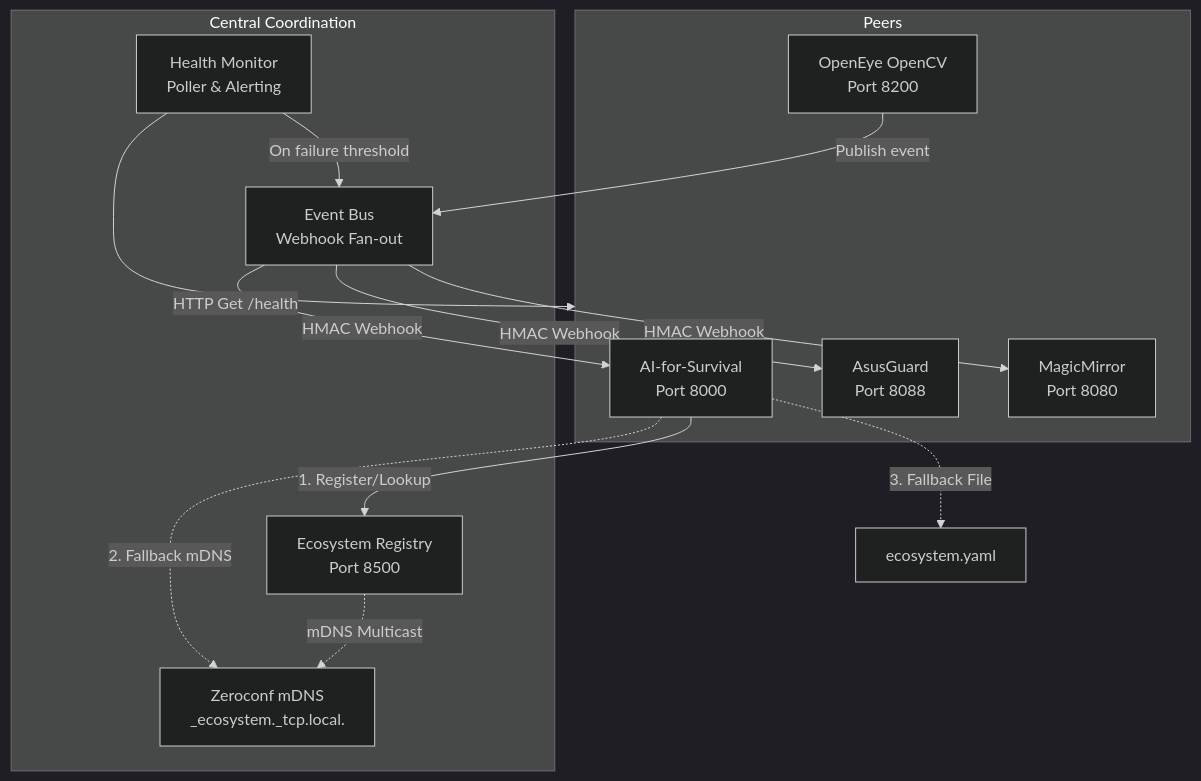
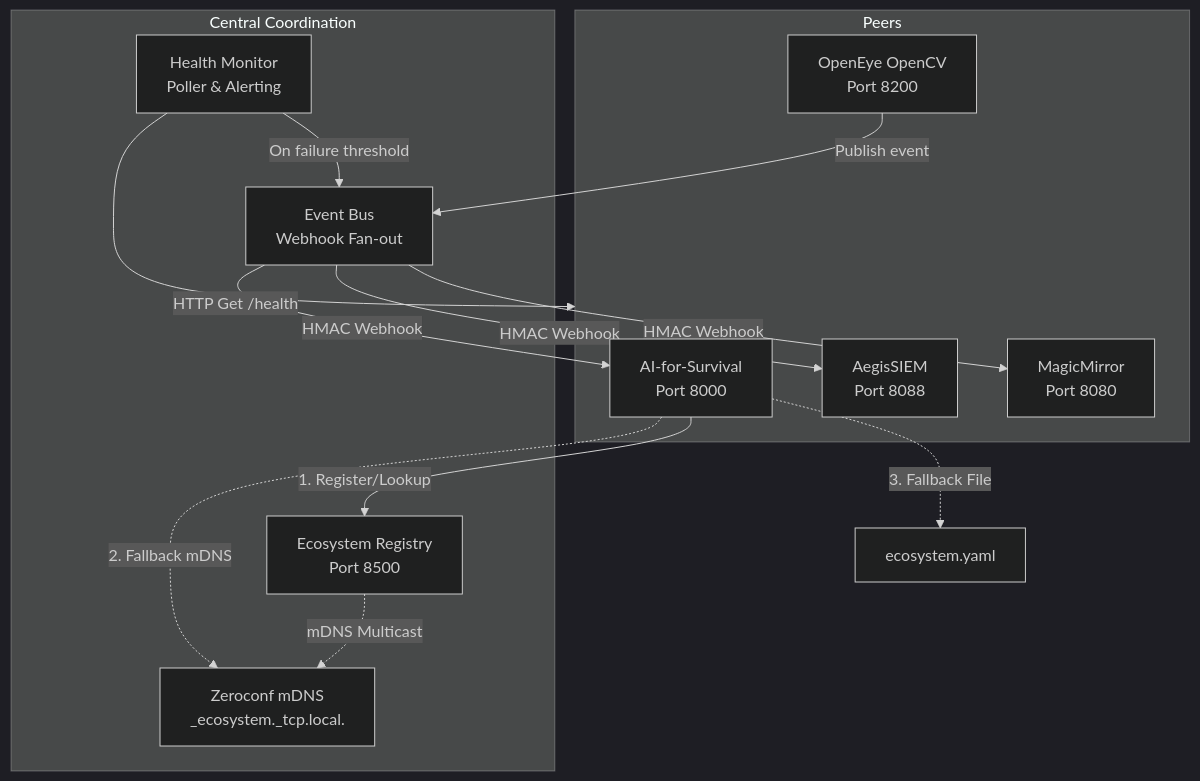
One commit to M1K31/appEcosystem changed the diagram in README.md. Above: the diagram before and after it, drawn with Mermaid (dark theme). The commit also changed other lines of this file and 692 other files, not shown here.

````diff
--- a/README.md
+++ b/README.md
@@ -29,32 +29,32 @@
 ```mermaid
 graph TD
     subgraph Central Coordination
         Registry[Ecosystem Registry <br> Port 8500]
         EventBus[Event Bus <br> Webhook Fan-out]
         Health[Health Monitor <br> Poller & Alerting]
         mDNS[Zeroconf mDNS <br> _ecosystem._tcp.local.]
     end
 
     subgraph Peers
         AI[AI-for-Survival <br> Port 8000]
         OpenEye[OpenEye OpenCV <br> Port 8200]
-        Asus[AsusGuard <br> Port 8088]
+        Asus[AegisSIEM <br> Port 8088]
         MM[MagicMirror <br> Port 8080]
     end
 
     %% Discovery Cascade
     AI -->|1. Register/Lookup| Registry
     Registry -.->|mDNS Multicast| mDNS
     AI -.->|2. Fallback mDNS| mDNS
     AI -.->|3. Fallback File| StaticConfig[ecosystem.yaml]
 
     %% Event Bus Interactivity
     OpenEye -->|Publish event| EventBus
     EventBus -->|HMAC Webhook| MM
     EventBus -->|HMAC Webhook| Asus
     EventBus -->|HMAC Webhook| AI
     
     %% Health Monitoring
     Health -->|HTTP Get /health| Peers
     Health -->|On failure threshold| EventBus
 ```
````
